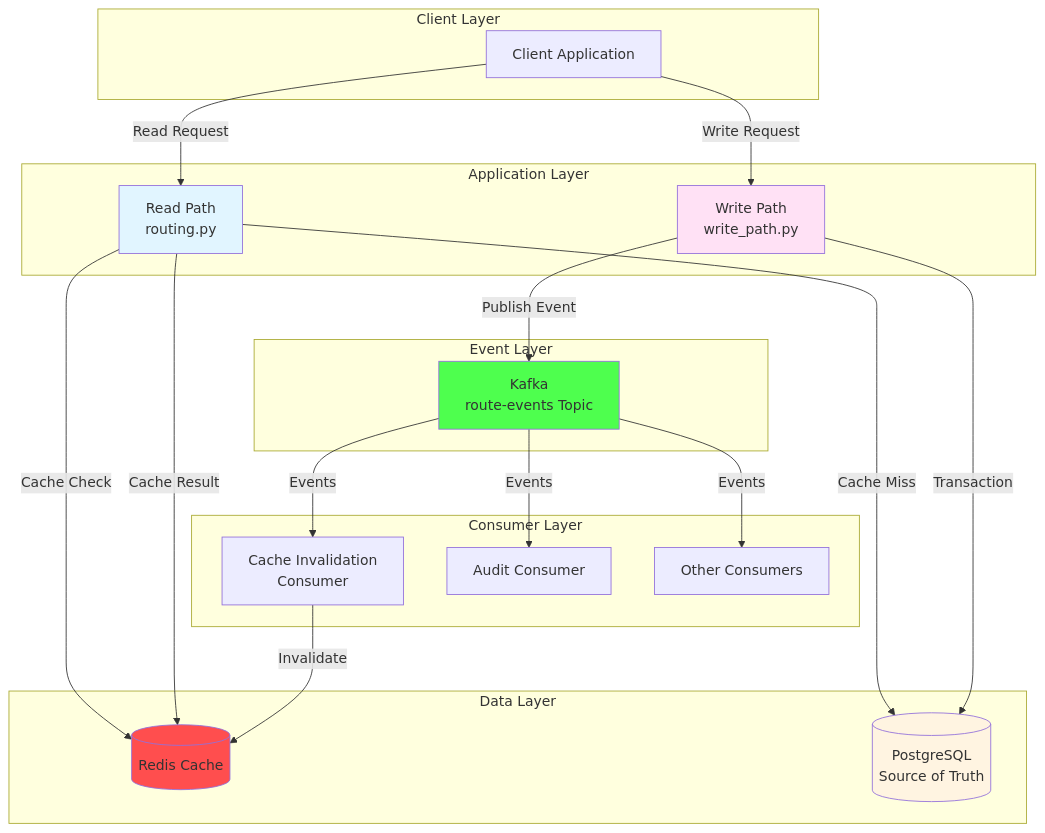
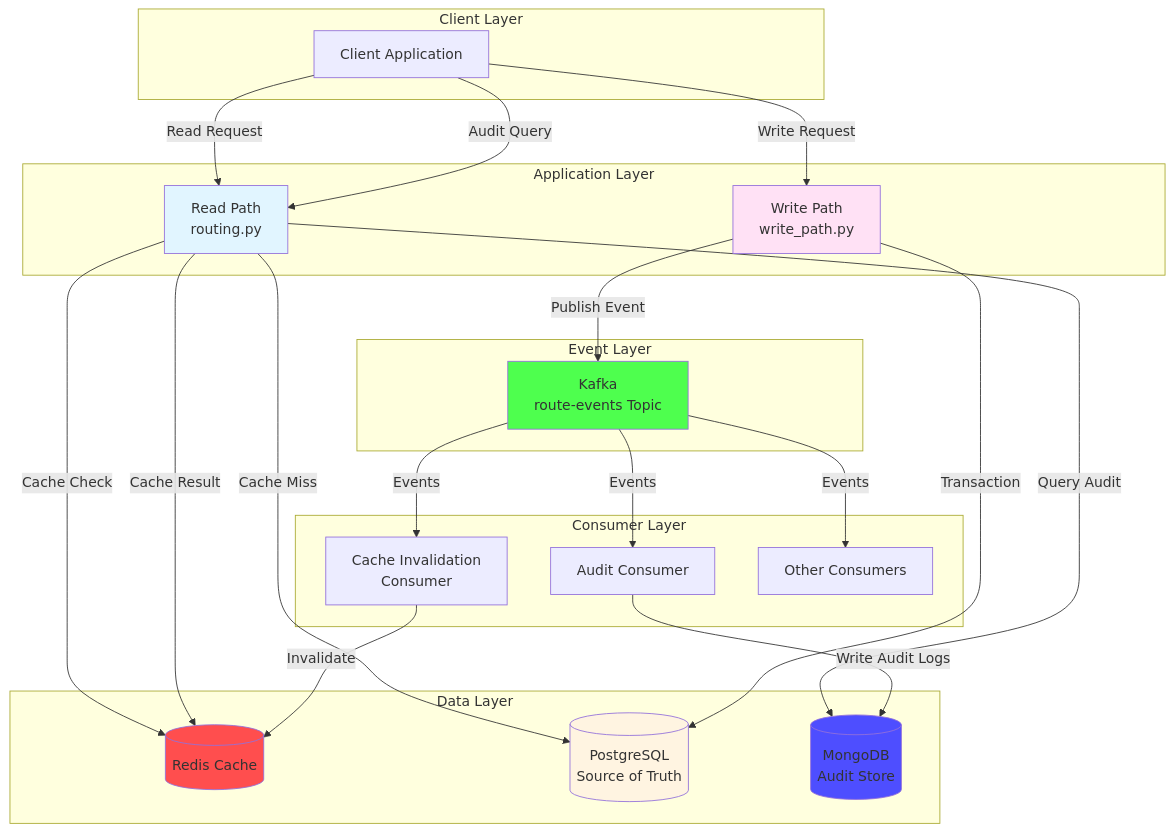
Before and after one commit to iamtahmad1/traffic-manager: the first of 13 diagrams in architecture/diagrams.md, drawn with Mermaid. The commit also changed other lines of this file and 16 other files, not shown here.

````diff
--- a/architecture/diagrams.md
+++ b/architecture/diagrams.md
@@ -7,48 +7,53 @@
 ```mermaid
 graph TB
     subgraph "Client Layer"
         Client[Client Application]
     end
     
     subgraph "Application Layer"
         ReadPath[Read Path<br/>routing.py]
         WritePath[Write Path<br/>write_path.py]
     end
     
     subgraph "Data Layer"
         Redis[(Redis Cache)]
         PostgreSQL[(PostgreSQL<br/>Source of Truth)]
+        MongoDB[(MongoDB<br/>Audit Store)]
     end
     
     subgraph "Event Layer"
         Kafka[Kafka<br/>route-events Topic]
     end
     
     subgraph "Consumer Layer"
         CacheInv[Cache Invalidation<br/>Consumer]
         Audit[Audit Consumer]
         Other[Other Consumers]
     end
     
     Client -->|Read Request| ReadPath
     Client -->|Write Request| WritePath
+    Client -->|Audit Query| ReadPath
     
     ReadPath -->|Cache Check| Redis
     ReadPath -->|Cache Miss| PostgreSQL
     ReadPath -->|Cache Result| Redis
+    ReadPath -->|Query Audit| MongoDB
     
     WritePath -->|Transaction| PostgreSQL
     WritePath -->|Publish Event| Kafka
     
     Kafka -->|Events| CacheInv
     Kafka -->|Events| Audit
     Kafka -->|Events| Other
     
     CacheInv -->|Invalidate| Redis
+    Audit -->|Write Audit Logs| MongoDB
     
     style ReadPath fill:#e1f5ff
     style WritePath fill:#ffe1f5
     style PostgreSQL fill:#fff4e1
     style Redis fill:#ff4e4e
+    style MongoDB fill:#4e4eff
     style Kafka fill:#4eff4e
 ```
````
